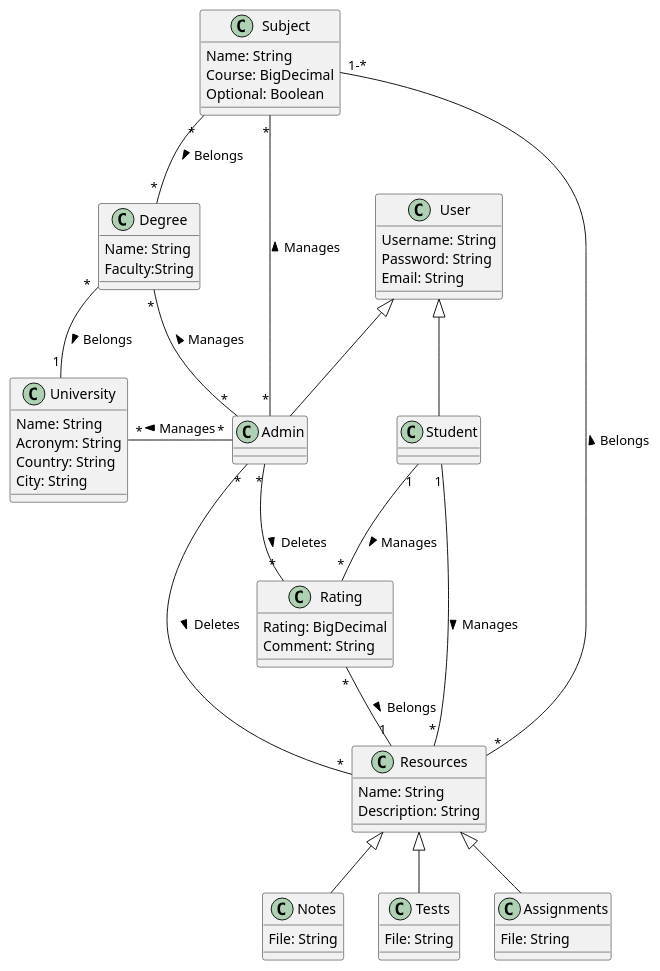
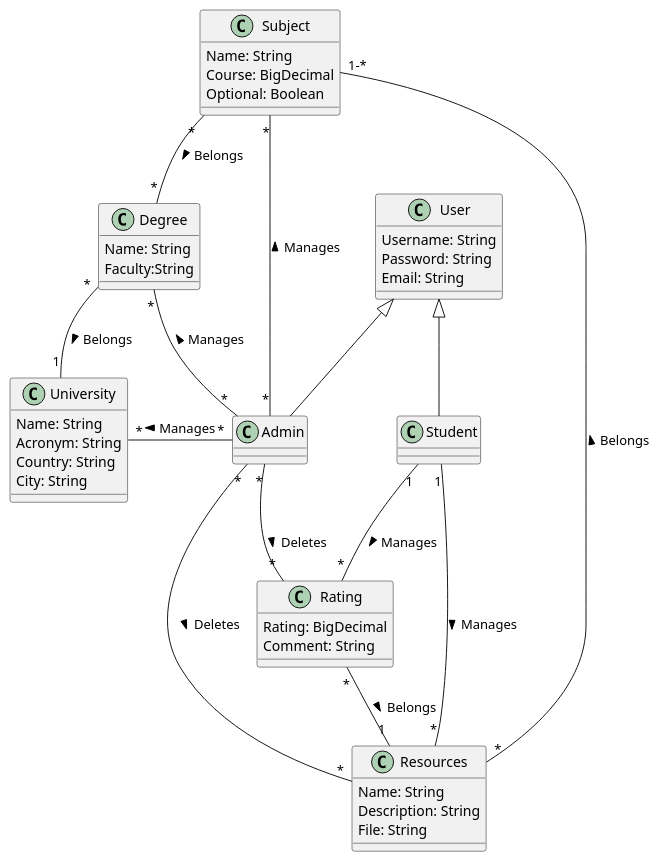
One commit to UdL-EPS-SoftArch/UniCloud-API changed the diagram in EntitiesModel.puml. Above: the diagram before and after it, drawn with PlantUML.

```diff
--- a/EntitiesModel.puml
+++ b/EntitiesModel.puml
@@ -1,66 +1,55 @@
 @startuml
 class User{
     Username: String
     Password: String
     Email: String
 }
 
 class Admin extends User{
 }
 
 class Student extends User{
 }
 
 class University{
     Name: String
     Acronym: String
     Country: String
     City: String
 }
 
 class Degree{
     Name: String
     Faculty:String
 }
 
 class Subject{
     Name: String
     Course: BigDecimal
     Optional: Boolean
 }
 
 class Resources{
     Name: String
     Description: String
-}
-
-class Notes extends Resources{
-    File: String
-}
-
-class Tests extends Resources{
-    File: String
-}
-
-class Assignments extends Resources{
     File: String
 }
 
 class Rating{
     Rating: BigDecimal
     Comment: String
 }
 
 
 Student "1" -- "*" Resources: Manages >
 Student "1" -- "*" Rating: Manages >
 Admin "*" --left-- "*" University: Manages >
 Admin "*" --left-- "*" Degree: Manages >
 Admin "*" --left-- "*" Subject: Manages >
 Admin "*" -- "*" Resources: Deletes >
 Admin "*" -- "*" Rating: Deletes >
 Rating "*" -- "1" Resources: Belongs >
 Resources "*" -- "1-*" Subject: Belongs >
 Subject "*" -- "*" Degree: Belongs >
 Degree "*" -- "1" University: Belongs >
 @enduml
```
